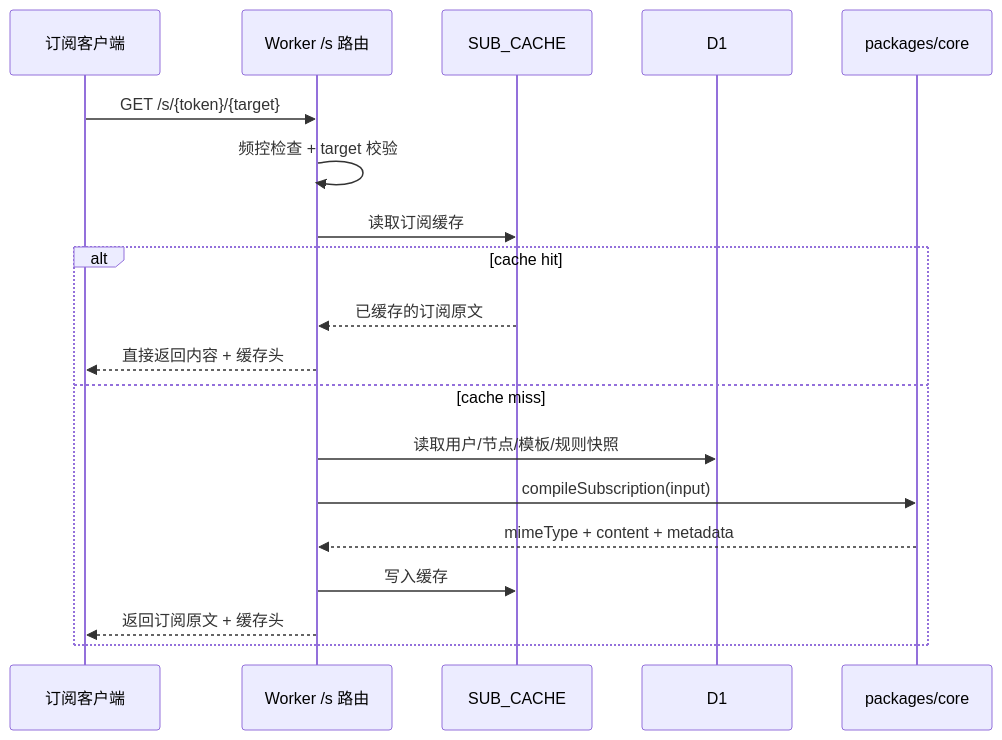
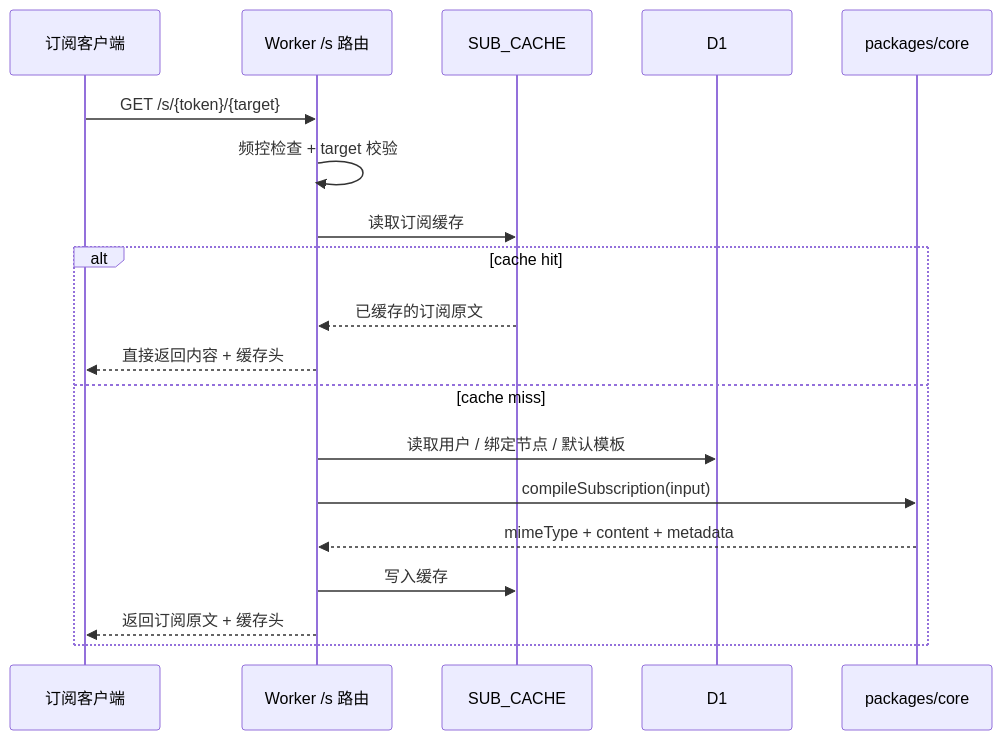
The third of 5 diagrams in docs/架构图与ER图.md (aliom-v/SubForge), drawn with Mermaid before and after one commit. The commit also changed other lines of this file and 29 other files, not shown here.

````diff
--- a/docs/架构图与ER图.md
+++ b/docs/架构图与ER图.md
@@ -113,22 +113,22 @@
 ```mermaid
 sequenceDiagram
   participant C as 订阅客户端
   participant API as Worker /s 路由
   participant KV as SUB_CACHE
   participant DB as D1
   participant Core as packages/core
 
   C->>API: GET /s/{token}/{target}
   API->>API: 频控检查 + target 校验
   API->>KV: 读取订阅缓存
   alt cache hit
     KV-->>API: 已缓存的订阅原文
     API-->>C: 直接返回内容 + 缓存头
   else cache miss
-    API->>DB: 读取用户/节点/模板/规则快照
+    API->>DB: 读取用户 / 绑定节点 / 默认模板
     API->>Core: compileSubscription(input)
     Core-->>API: mimeType + content + metadata
     API->>KV: 写入缓存
     API-->>C: 返回订阅原文 + 缓存头
   end
 ```
````
